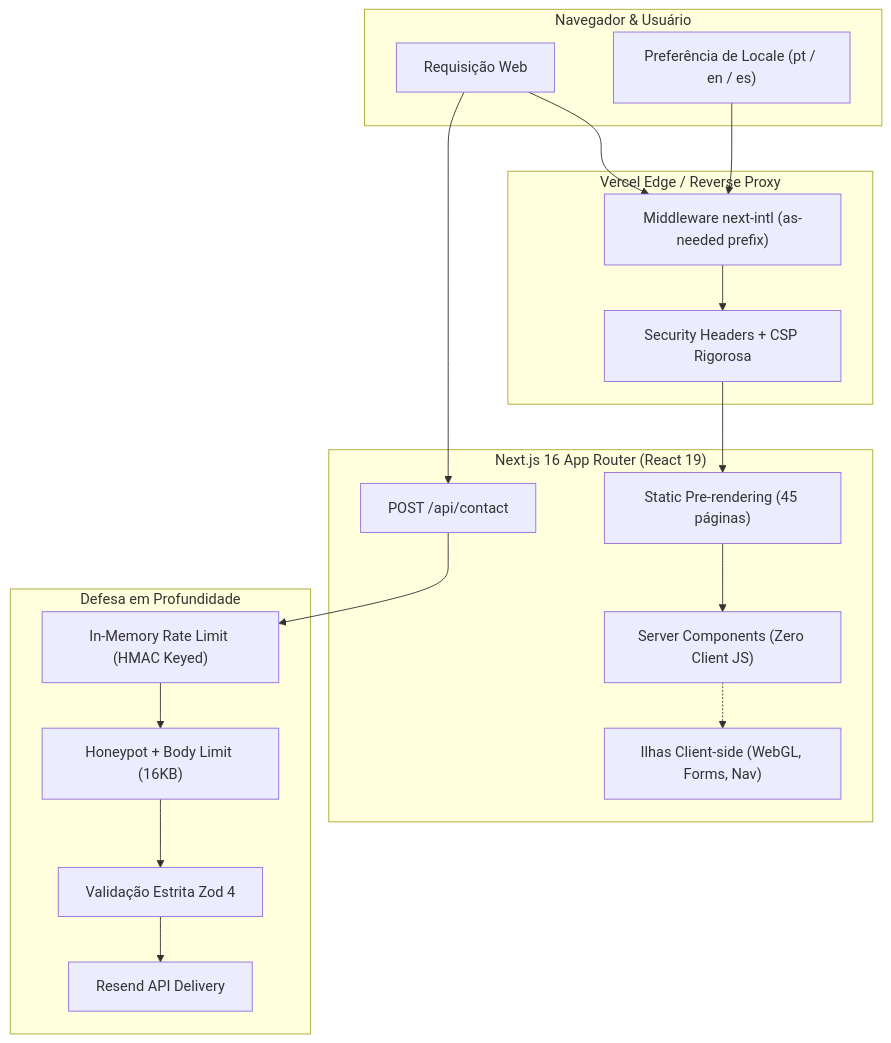
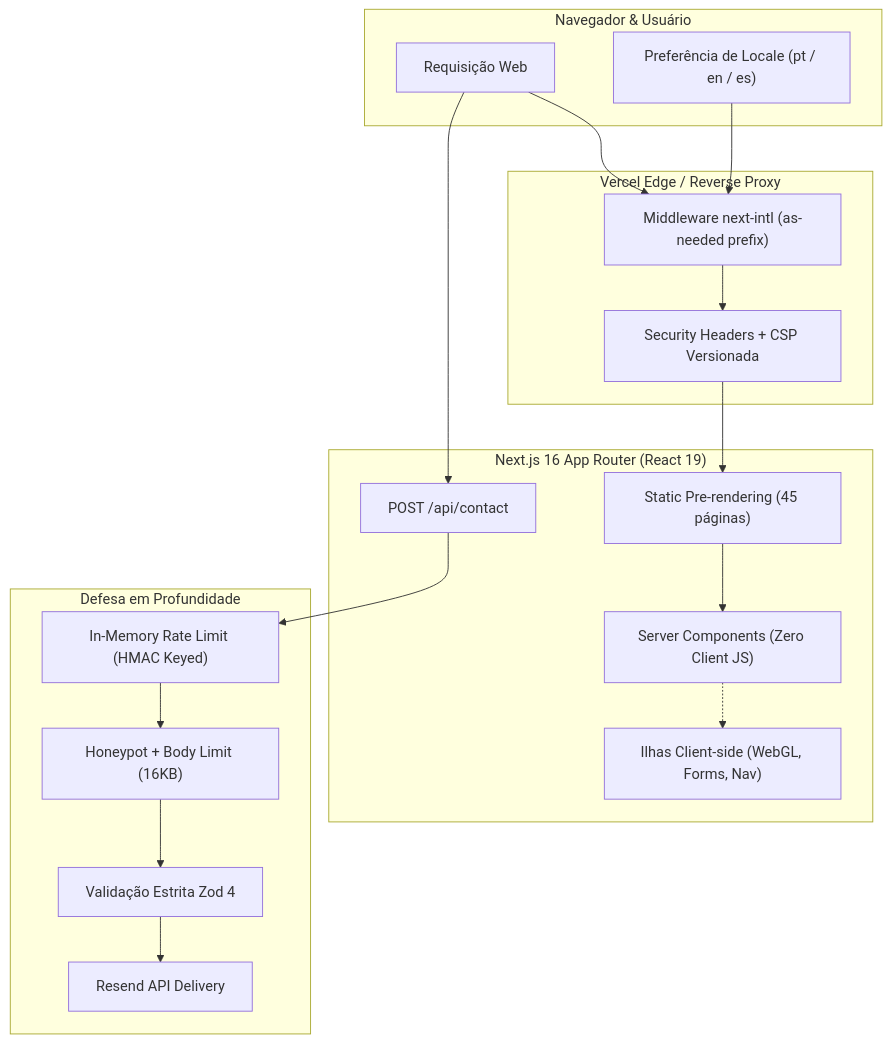
The diagram in README.md (Rdemora2/Portifolio), drawn with Mermaid before and after one commit. The commit also changed other lines of this file and 329 other files, not shown here.

````diff
--- a/README.md
+++ b/README.md
@@ -43,35 +43,35 @@
 ```mermaid
 flowchart TD
     subgraph Browser ["Navegador & Usuário"]
         Req["Requisição Web"]
         Pref["Preferência de Locale (pt / en / es)"]
     end
 
     subgraph EdgeLayer ["Vercel Edge / Reverse Proxy"]
         MW["Middleware next-intl (as-needed prefix)"]
-        SecHeaders["Security Headers + CSP Rigorosa"]
+        SecHeaders["Security Headers + CSP Versionada"]
     end
 
     subgraph AppRouter ["Next.js 16 App Router (React 19)"]
         SSG["Static Pre-rendering (45 páginas)"]
         RSC["Server Components (Zero Client JS)"]
         Islands["Ilhas Client-side (WebGL, Forms, Nav)"]
         API["POST /api/contact"]
     end
 
     subgraph Defense ["Defesa em Profundidade"]
         RL["In-Memory Rate Limit (HMAC Keyed)"]
         Honey["Honeypot + Body Limit (16KB)"]
         ZodVal["Validação Estrita Zod 4"]
         Resend["Resend API Delivery"]
     end
 
     Req --> MW
     Pref --> MW
     MW --> SecHeaders
     SecHeaders --> SSG
     SSG --> RSC
     RSC -.-> Islands
     Req --> API
     API --> RL --> Honey --> ZodVal --> Resend
 ```
````
